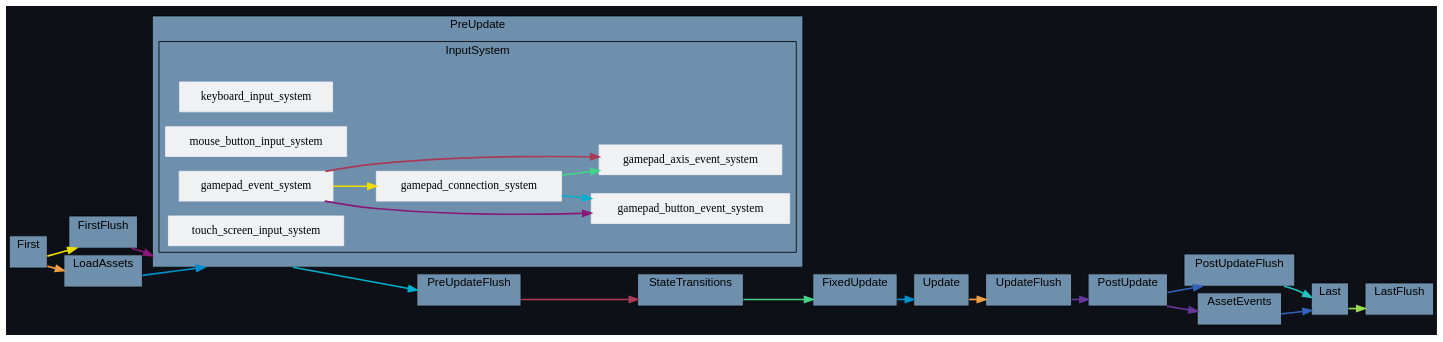
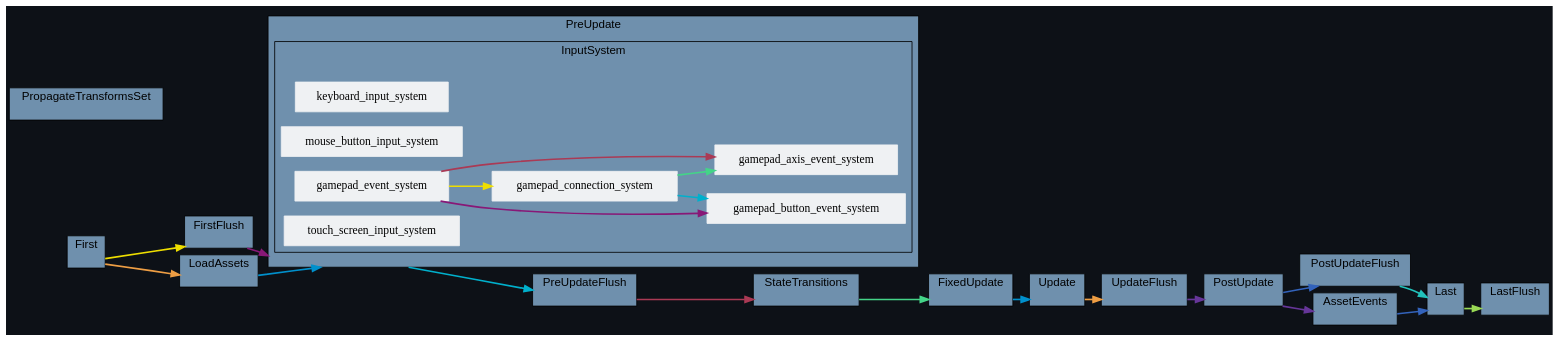
The diagram in docs/schedule/by-crate/dark/schedule_Main_bevy_input.dot (jakobhellermann/bevy_mod_debugdump), drawn with Graphviz before and after one commit. The commit also changed 79 other files, not shown here.

```diff
--- a/docs/schedule/by-crate/dark/schedule_Main_bevy_input.dot
+++ b/docs/schedule/by-crate/dark/schedule_Main_bevy_input.dot
@@ -1,156 +1,164 @@
 digraph "" {
 	"compound"="true";
 	"splines"="spline";
 	"rankdir"="LR";
 	"bgcolor"="#0d1117";
 	"fontname"="Helvetica";
 	edge ["penwidth"="2"];
 	node ["shape"="box", "style"="filled", "fillcolor"="#eff1f3", "color"="#eff1f3"];
 	subgraph "clusternode_Set(0)" {
 		"label"="Update";
 		"tooltip"="Update";
 		"bgcolor"="#6f90ad";
 		"color"="black";
 		"set_marker_node_Set(0)" ["style"="invis", "label"="", "height"="0", "shape"="point"]
 	}
 	
 	subgraph "clusternode_Set(2)" {
 		"label"="FirstFlush";
 		"tooltip"="FirstFlush";
 		"bgcolor"="#6f90ad";
 		"color"="black";
 		"set_marker_node_Set(2)" ["style"="invis", "label"="", "height"="0", "shape"="point"]
 	}
 	
 	subgraph "clusternode_Set(3)" {
 		"label"="PreUpdateFlush";
 		"tooltip"="PreUpdateFlush";
 		"bgcolor"="#6f90ad";
 		"color"="black";
 		"set_marker_node_Set(3)" ["style"="invis", "label"="", "height"="0", "shape"="point"]
 	}
 	
 	subgraph "clusternode_Set(4)" {
 		"label"="UpdateFlush";
 		"tooltip"="UpdateFlush";
 		"bgcolor"="#6f90ad";
 		"color"="black";
 		"set_marker_node_Set(4)" ["style"="invis", "label"="", "height"="0", "shape"="point"]
 	}
 	
 	subgraph "clusternode_Set(5)" {
 		"label"="PostUpdateFlush";
 		"tooltip"="PostUpdateFlush";
 		"bgcolor"="#6f90ad";
 		"color"="black";
 		"set_marker_node_Set(5)" ["style"="invis", "label"="", "height"="0", "shape"="point"]
 	}
 	
 	subgraph "clusternode_Set(6)" {
 		"label"="LastFlush";
 		"tooltip"="LastFlush";
 		"bgcolor"="#6f90ad";
 		"color"="black";
 		"set_marker_node_Set(6)" ["style"="invis", "label"="", "height"="0", "shape"="point"]
 	}
 	
 	subgraph "clusternode_Set(7)" {
 		"label"="First";
 		"tooltip"="First";
 		"bgcolor"="#6f90ad";
 		"color"="black";
 		"set_marker_node_Set(7)" ["style"="invis", "label"="", "height"="0", "shape"="point"]
 	}
 	
 	subgraph "clusternode_Set(8)" {
 		"label"="PreUpdate";
 		"tooltip"="PreUpdate";
 		"bgcolor"="#6f90ad";
 		"color"="black";
 		"set_marker_node_Set(8)" ["style"="invis", "label"="", "height"="0", "shape"="point"]
-		subgraph "clusternode_Set(24)" {
+		subgraph "clusternode_Set(25)" {
 			"label"="InputSystem";
 			"tooltip"="InputSystem";
 			"bgcolor"="#6f90ad";
 			"color"="black";
-			"set_marker_node_Set(24)" ["style"="invis", "label"="", "height"="0", "shape"="point"]
+			"set_marker_node_Set(25)" ["style"="invis", "label"="", "height"="0", "shape"="point"]
 			"node_System(15)" ["label"="keyboard_input_system", "tooltip"="bevy_input::keyboard::keyboard_input_system"]
 			"node_System(19)" ["label"="mouse_button_input_system", "tooltip"="bevy_input::mouse::mouse_button_input_system"]
 			"node_System(24)" ["label"="gamepad_event_system", "tooltip"="bevy_input::gamepad::gamepad_event_system"]
 			"node_System(25)" ["label"="gamepad_connection_system", "tooltip"="bevy_input::gamepad::gamepad_connection_system"]
 			"node_System(26)" ["label"="gamepad_button_event_system", "tooltip"="bevy_input::gamepad::gamepad_button_event_system"]
 			"node_System(27)" ["label"="gamepad_axis_event_system", "tooltip"="bevy_input::gamepad::gamepad_axis_event_system"]
 			"node_System(29)" ["label"="touch_screen_input_system", "tooltip"="bevy_input::touch::touch_screen_input_system"]
 		}
 		
 	}
 	
 	subgraph "clusternode_Set(9)" {
 		"label"="StateTransitions";
 		"tooltip"="StateTransitions";
 		"bgcolor"="#6f90ad";
 		"color"="black";
 		"set_marker_node_Set(9)" ["style"="invis", "label"="", "height"="0", "shape"="point"]
 	}
 	
 	subgraph "clusternode_Set(10)" {
 		"label"="FixedUpdate";
 		"tooltip"="FixedUpdate";
 		"bgcolor"="#6f90ad";
 		"color"="black";
 		"set_marker_node_Set(10)" ["style"="invis", "label"="", "height"="0", "shape"="point"]
 	}
 	
 	subgraph "clusternode_Set(11)" {
 		"label"="PostUpdate";
 		"tooltip"="PostUpdate";
 		"bgcolor"="#6f90ad";
 		"color"="black";
 		"set_marker_node_Set(11)" ["style"="invis", "label"="", "height"="0", "shape"="point"]
 	}
 	
 	subgraph "clusternode_Set(12)" {
 		"label"="Last";
 		"tooltip"="Last";
 		"bgcolor"="#6f90ad";
 		"color"="black";
 		"set_marker_node_Set(12)" ["style"="invis", "label"="", "height"="0", "shape"="point"]
 	}
 	
-	subgraph "clusternode_Set(58)" {
+	subgraph "clusternode_Set(22)" {
+		"label"="PropagateTransformsSet";
+		"tooltip"="PropagateTransformsSet";
+		"bgcolor"="#6f90ad";
+		"color"="black";
+		"set_marker_node_Set(22)" ["style"="invis", "label"="", "height"="0", "shape"="point"]
+	}
+	
+	subgraph "clusternode_Set(59)" {
 		"label"="LoadAssets";
 		"tooltip"="LoadAssets";
 		"bgcolor"="#6f90ad";
 		"color"="black";
-		"set_marker_node_Set(58)" ["style"="invis", "label"="", "height"="0", "shape"="point"]
+		"set_marker_node_Set(59)" ["style"="invis", "label"="", "height"="0", "shape"="point"]
 	}
 	
-	subgraph "clusternode_Set(59)" {
+	subgraph "clusternode_Set(60)" {
 		"label"="AssetEvents";
 		"tooltip"="AssetEvents";
 		"bgcolor"="#6f90ad";
 		"color"="black";
-		"set_marker_node_Set(59)" ["style"="invis", "label"="", "height"="0", "shape"="point"]
+		"set_marker_node_Set(60)" ["style"="invis", "label"="", "height"="0", "shape"="point"]
 	}
 	
 	"set_marker_node_Set(7)" -> "set_marker_node_Set(2)" ["lhead"="clusternode_Set(2)", "ltail"="clusternode_Set(7)", "tooltip"="First → FirstFlush", "color"="#eede00"]
 	"set_marker_node_Set(2)" -> "set_marker_node_Set(8)" ["lhead"="clusternode_Set(8)", "ltail"="clusternode_Set(2)", "tooltip"="FirstFlush → PreUpdate", "color"="#881877"]
 	"set_marker_node_Set(8)" -> "set_marker_node_Set(3)" ["lhead"="clusternode_Set(3)", "ltail"="clusternode_Set(8)", "tooltip"="PreUpdate → PreUpdateFlush", "color"="#00b0cc"]
 	"set_marker_node_Set(3)" -> "set_marker_node_Set(9)" ["lhead"="clusternode_Set(9)", "ltail"="clusternode_Set(3)", "tooltip"="PreUpdateFlush → StateTransitions", "color"="#aa3a55"]
 	"set_marker_node_Set(9)" -> "set_marker_node_Set(10)" ["lhead"="clusternode_Set(10)", "ltail"="clusternode_Set(9)", "tooltip"="StateTransitions → FixedUpdate", "color"="#44d488"]
 	"set_marker_node_Set(10)" -> "set_marker_node_Set(0)" ["lhead"="clusternode_Set(0)", "ltail"="clusternode_Set(10)", "tooltip"="FixedUpdate → Update", "color"="#0090cc"]
 	"set_marker_node_Set(0)" -> "set_marker_node_Set(4)" ["lhead"="clusternode_Set(4)", "ltail"="clusternode_Set(0)", "tooltip"="Update → UpdateFlush", "color"="#ee9e44"]
 	"set_marker_node_Set(4)" -> "set_marker_node_Set(11)" ["lhead"="clusternode_Set(11)", "ltail"="clusternode_Set(4)", "tooltip"="UpdateFlush → PostUpdate", "color"="#663699"]
 	"set_marker_node_Set(11)" -> "set_marker_node_Set(5)" ["lhead"="clusternode_Set(5)", "ltail"="clusternode_Set(11)", "tooltip"="PostUpdate → PostUpdateFlush", "color"="#3363bb"]
 	"set_marker_node_Set(5)" -> "set_marker_node_Set(12)" ["lhead"="clusternode_Set(12)", "ltail"="clusternode_Set(5)", "tooltip"="PostUpdateFlush → Last", "color"="#22c2bb"]
 	"set_marker_node_Set(12)" -> "set_marker_node_Set(6)" ["lhead"="clusternode_Set(6)", "ltail"="clusternode_Set(12)", "tooltip"="Last → LastFlush", "color"="#99d955"]
 	"node_System(24)" -> "node_System(25)" ["lhead"="", "ltail"="", "tooltip"="SystemTypeSet(gamepad_event_system\") → gamepad_connection_system", "color"="#eede00"]
 	"node_System(24)" -> "node_System(26)" ["lhead"="", "ltail"="", "tooltip"="SystemTypeSet(gamepad_event_system\") → gamepad_button_event_system", "color"="#881877"]
 	"node_System(25)" -> "node_System(26)" ["lhead"="", "ltail"="", "tooltip"="SystemTypeSet(gamepad_connection_system\") → gamepad_button_event_system", "color"="#00b0cc"]
 	"node_System(24)" -> "node_System(27)" ["lhead"="", "ltail"="", "tooltip"="SystemTypeSet(gamepad_event_system\") → gamepad_axis_event_system", "color"="#aa3a55"]
 	"node_System(25)" -> "node_System(27)" ["lhead"="", "ltail"="", "tooltip"="SystemTypeSet(gamepad_connection_system\") → gamepad_axis_event_system", "color"="#44d488"]
-	"set_marker_node_Set(58)" -> "set_marker_node_Set(8)" ["lhead"="clusternode_Set(8)", "ltail"="clusternode_Set(58)", "tooltip"="LoadAssets → PreUpdate", "color"="#0090cc"]
-	"set_marker_node_Set(7)" -> "set_marker_node_Set(58)" ["lhead"="clusternode_Set(58)", "ltail"="clusternode_Set(7)", "tooltip"="First → LoadAssets", "color"="#ee9e44"]
-	"set_marker_node_Set(11)" -> "set_marker_node_Set(59)" ["lhead"="clusternode_Set(59)", "ltail"="clusternode_Set(11)", "tooltip"="PostUpdate → AssetEvents", "color"="#663699"]
-	"set_marker_node_Set(59)" -> "set_marker_node_Set(12)" ["lhead"="clusternode_Set(12)", "ltail"="clusternode_Set(59)", "tooltip"="AssetEvents → Last", "color"="#3363bb"]
+	"set_marker_node_Set(59)" -> "set_marker_node_Set(8)" ["lhead"="clusternode_Set(8)", "ltail"="clusternode_Set(59)", "tooltip"="LoadAssets → PreUpdate", "color"="#0090cc"]
+	"set_marker_node_Set(7)" -> "set_marker_node_Set(59)" ["lhead"="clusternode_Set(59)", "ltail"="clusternode_Set(7)", "tooltip"="First → LoadAssets", "color"="#ee9e44"]
+	"set_marker_node_Set(11)" -> "set_marker_node_Set(60)" ["lhead"="clusternode_Set(60)", "ltail"="clusternode_Set(11)", "tooltip"="PostUpdate → AssetEvents", "color"="#663699"]
+	"set_marker_node_Set(60)" -> "set_marker_node_Set(12)" ["lhead"="clusternode_Set(12)", "ltail"="clusternode_Set(60)", "tooltip"="AssetEvents → Last", "color"="#3363bb"]
 }
```
